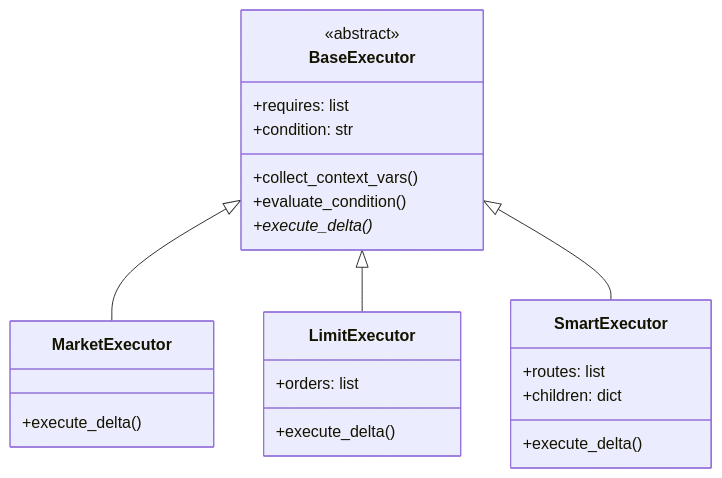
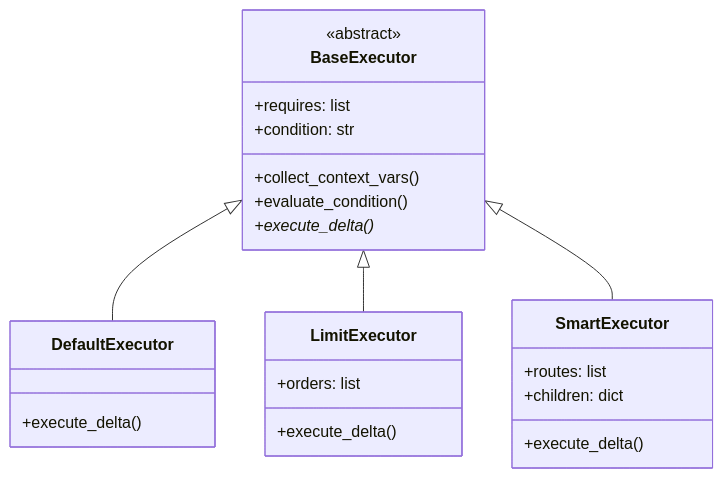
One commit to invoker-bot/HFT-Python changed the second of 3 diagrams in docs/architecture.md. Above: the diagram before and after it, drawn with Mermaid. The commit also changed other lines of this file and 19 other files, not shown here.

````diff
--- a/docs/architecture.md
+++ b/docs/architecture.md
@@ -173,30 +175,30 @@
 ```mermaid
 classDiagram
     class BaseExecutor {
         <<abstract>>
         +requires: list
         +condition: str
         +collect_context_vars()
         +evaluate_condition()
         +execute_delta()*
     }
 
-    class MarketExecutor {
+    class DefaultExecutor {
         +execute_delta()
     }
 
     class LimitExecutor {
         +orders: list
         +execute_delta()
     }
 
     class SmartExecutor {
         +routes: list
         +children: dict
         +execute_delta()
     }
 
-    BaseExecutor <|-- MarketExecutor
+    BaseExecutor <|-- DefaultExecutor
     BaseExecutor <|-- LimitExecutor
     BaseExecutor <|-- SmartExecutor
 ```
````
